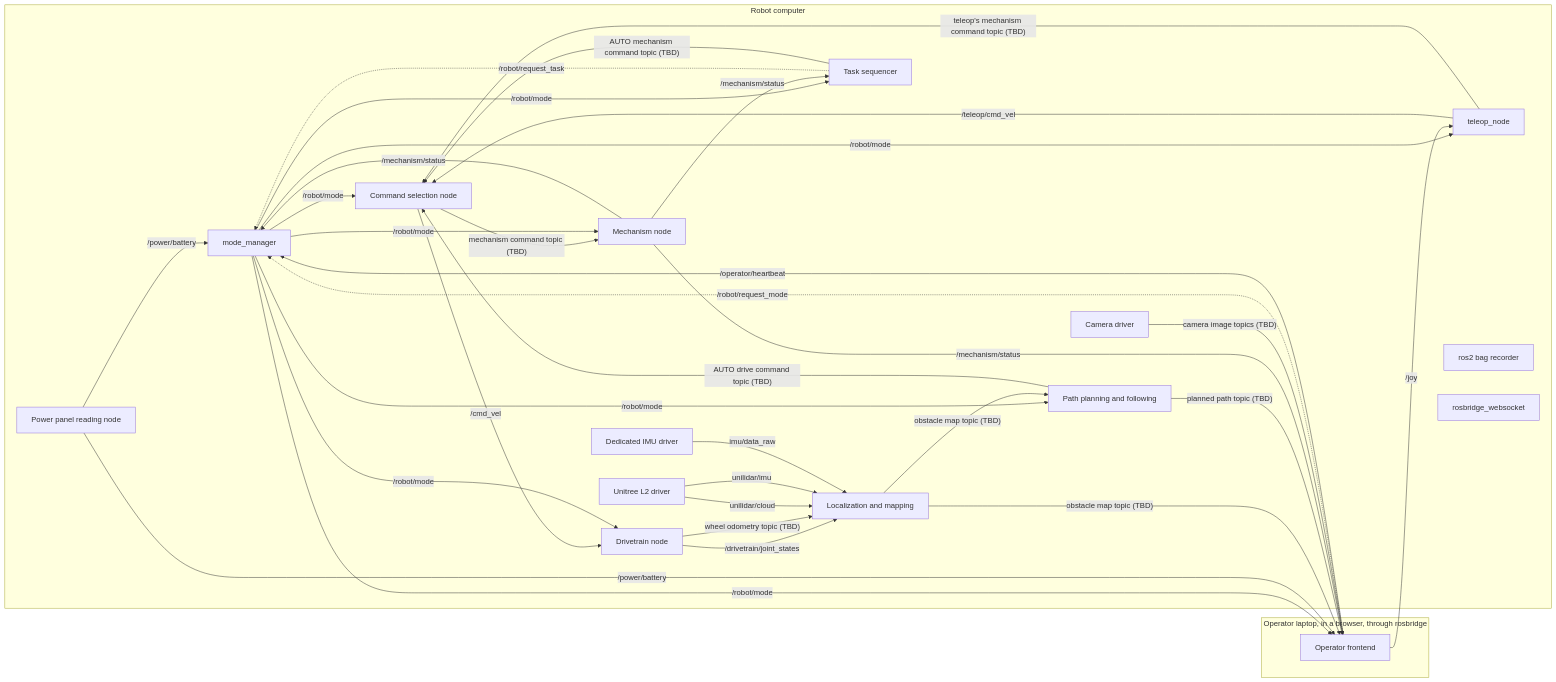
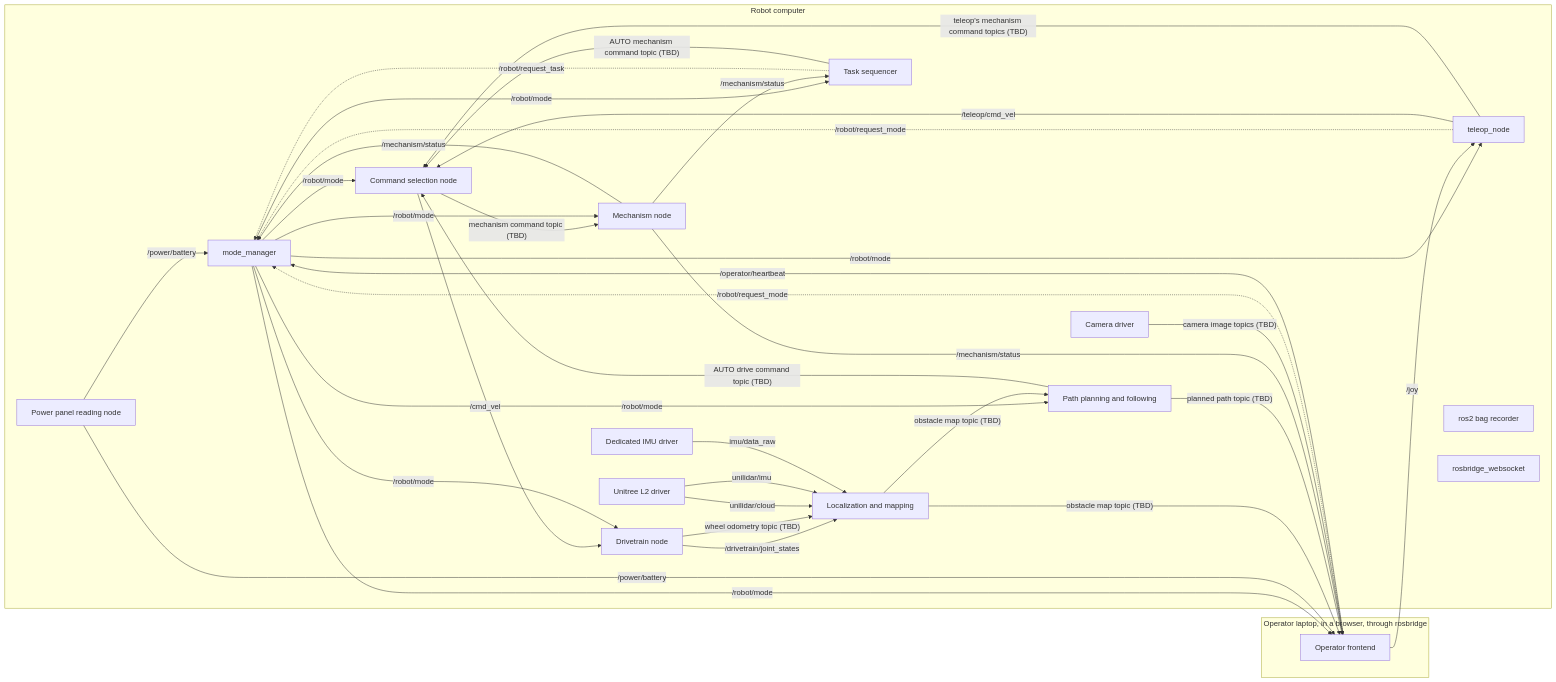
The first of 3 diagrams in docs/design/system.md (STAR-Robotics-Team/starrt-luna-software), drawn with Mermaid before and after one commit. The commit also changed other lines of this file and 4 other files, not shown here.

````diff
--- a/docs/design/system.md
+++ b/docs/design/system.md
@@ -96,53 +96,54 @@
 ```mermaid
 flowchart LR
   subgraph g0["Robot computer"]
     nmode_manager["mode_manager"]
     ndrivetrain["Drivetrain node"]
     nmechanism["Mechanism node"]
     npower_panel["Power panel reading node"]
     ncommand_selection["Command selection node"]
     ncamera_driver["Camera driver"]
     nimu_driver["Dedicated IMU driver"]
     nlidar_driver["Unitree L2 driver"]
     nlocalization["Localization and mapping"]
     nplanner["Path planning and following"]
     ntask_sequencer["Task sequencer"]
     nteleop_node["teleop_node"]
     nrecorder["ros2 bag recorder"]
     nrosbridge["rosbridge_websocket"]
   end
   subgraph g1["Operator laptop, in a browser, through rosbridge"]
     noperator_frontend["Operator frontend"]
   end
   ncommand_selection -->|"/cmd_vel"| ndrivetrain
   ncommand_selection -->|"mechanism command topic (TBD)"| nmechanism
   nmode_manager -->|"/robot/mode"| ncommand_selection
   nmode_manager -->|"/robot/mode"| nplanner
   nmode_manager -->|"/robot/mode"| ntask_sequencer
   nmode_manager -->|"/robot/mode"| ndrivetrain
   nmode_manager -->|"/robot/mode"| nmechanism
   nmode_manager -->|"/robot/mode"| noperator_frontend
   nmode_manager -->|"/robot/mode"| nteleop_node
   noperator_frontend -.->|"/robot/request_mode"| nmode_manager
+  nteleop_node -.->|"/robot/request_mode"| nmode_manager
   ntask_sequencer -.->|"/robot/request_task"| nmode_manager
   npower_panel -->|"/power/battery"| nmode_manager
   npower_panel -->|"/power/battery"| noperator_frontend
   nlocalization -->|"obstacle map topic (TBD)"| nplanner
   nlocalization -->|"obstacle map topic (TBD)"| noperator_frontend
   nplanner -->|"planned path topic (TBD)"| noperator_frontend
   nplanner -->|"AUTO drive command topic (TBD)"| ncommand_selection
   ntask_sequencer -->|"AUTO mechanism command topic (TBD)"| ncommand_selection
   ndrivetrain -->|"/drivetrain/joint_states"| nlocalization
   ndrivetrain -->|"wheel odometry topic (TBD)"| nlocalization
   nmechanism -->|"/mechanism/status"| nmode_manager
   nmechanism -->|"/mechanism/status"| ntask_sequencer
   nmechanism -->|"/mechanism/status"| noperator_frontend
   nlidar_driver -->|"unilidar/cloud"| nlocalization
   nlidar_driver -->|"unilidar/imu"| nlocalization
   nimu_driver -->|"imu/data_raw"| nlocalization
   ncamera_driver -->|"camera image topics (TBD)"| noperator_frontend
   noperator_frontend -->|"/joy"| nteleop_node
   noperator_frontend -->|"/operator/heartbeat"| nmode_manager
   nteleop_node -->|"/teleop/cmd_vel"| ncommand_selection
-  nteleop_node -->|"teleop's mechanism command topic (TBD)"| ncommand_selection
+  nteleop_node -->|"teleop's mechanism command topics (TBD)"| ncommand_selection
 ```
````
